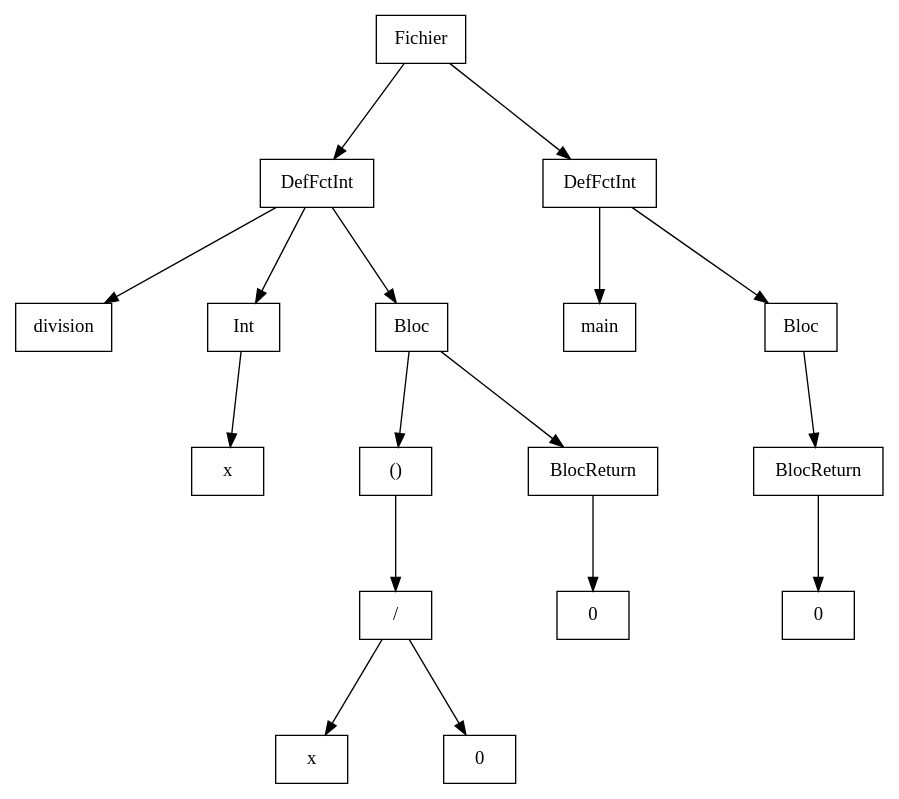
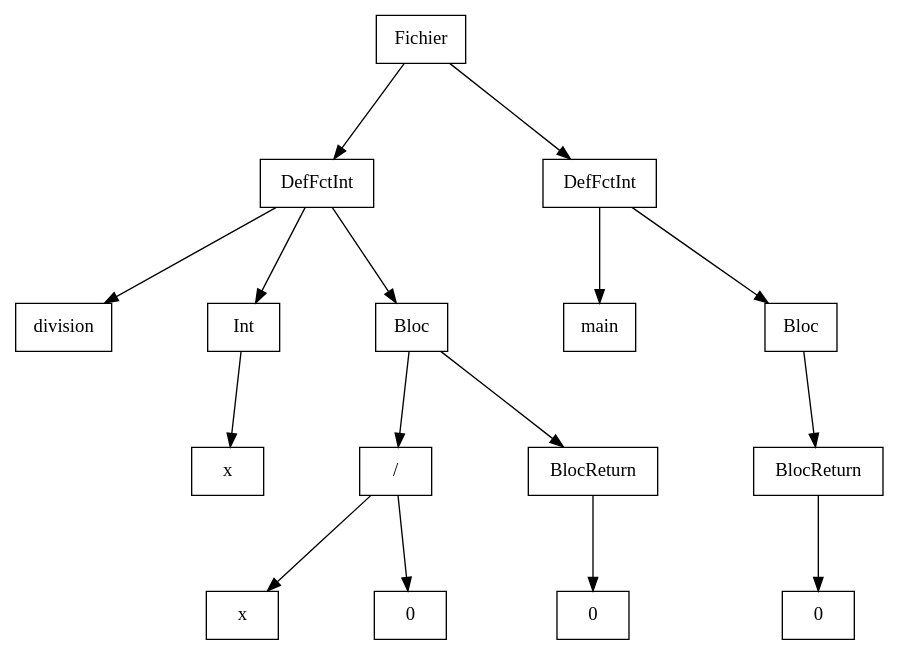
One commit to Hamza-ABDOULHOUSSEN/compil changed the diagram in Code/out/ast/dot/Test_Erreur_Semantique/divis_zero7Y.dot. Above: the diagram before and after it, drawn with Graphviz. The commit also changed 11 other files, not shown here.

```diff
--- a/Code/out/ast/dot/Test_Erreur_Semantique/divis_zero7Y.dot
+++ b/Code/out/ast/dot/Test_Erreur_Semantique/divis_zero7Y.dot
@@ -1,40 +1,38 @@
 digraph "ast"{
 
 	nodesep=1;
 	ranksep=1;
 
 	N0 [label="Fichier", shape="box"];
 	N1 [label="DefFctInt", shape="box"];
 	N2 [label="division", shape="box"];
 	N3 [label="Int", shape="box"];
 	N4 [label="x", shape="box"];
 	N5 [label="Bloc", shape="box"];
-	N6 [label="()", shape="box"];
-	N7 [label="/", shape="box"];
-	N8 [label="x", shape="box"];
-	N9 [label="0", shape="box"];
-	N10 [label="BlocReturn", shape="box"];
-	N11 [label="0", shape="box"];
-	N12 [label="DefFctInt", shape="box"];
-	N13 [label="main", shape="box"];
-	N14 [label="Bloc", shape="box"];
-	N15 [label="BlocReturn", shape="box"];
-	N16 [label="0", shape="box"];
+	N6 [label="/", shape="box"];
+	N7 [label="x", shape="box"];
+	N8 [label="0", shape="box"];
+	N9 [label="BlocReturn", shape="box"];
+	N10 [label="0", shape="box"];
+	N11 [label="DefFctInt", shape="box"];
+	N12 [label="main", shape="box"];
+	N13 [label="Bloc", shape="box"];
+	N14 [label="BlocReturn", shape="box"];
+	N15 [label="0", shape="box"];
 
 	N1 -> N2; 
 	N3 -> N4; 
 	N1 -> N3; 
-	N7 -> N8; 
-	N7 -> N9; 
 	N6 -> N7; 
+	N6 -> N8; 
 	N5 -> N6; 
-	N10 -> N11; 
-	N5 -> N10; 
+	N9 -> N10; 
+	N5 -> N9; 
 	N1 -> N5; 
 	N0 -> N1; 
-	N12 -> N13; 
-	N15 -> N16; 
+	N11 -> N12; 
 	N14 -> N15; 
-	N12 -> N14; 
-	N0 -> N12; 
+	N13 -> N14; 
+	N11 -> N13; 
+	N0 -> N11; 
 }
```
